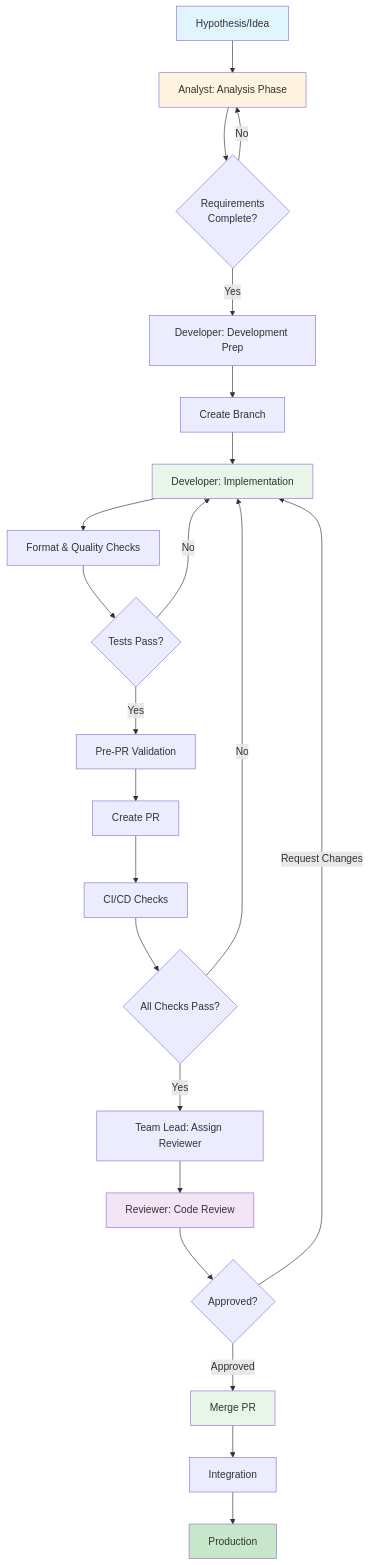
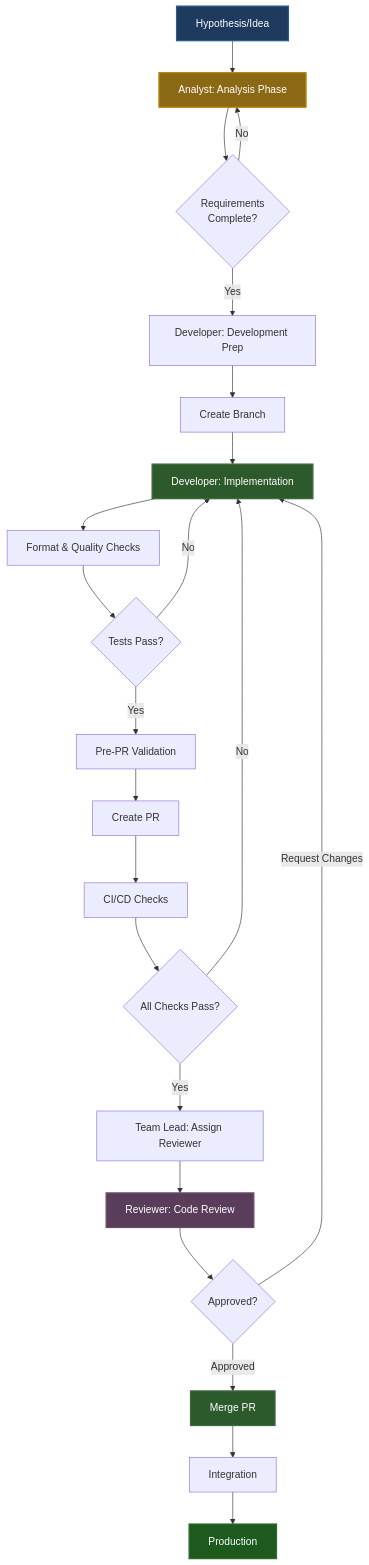
Before and after one commit to sovavibe/start: the first of 10 diagrams in docs/development/SDLC.md, drawn with Mermaid. The commit also changed other lines of this file and 37 other files, not shown here.

````diff
--- a/docs/development/SDLC.md
+++ b/docs/development/SDLC.md
@@ -255,31 +255,31 @@
 ```mermaid
 graph TD
     A[Hypothesis/Idea] --> B[Analyst: Analysis Phase]
     B --> C{Requirements<br/>Complete?}
     C -->|No| B
     C -->|Yes| D[Developer: Development Prep]
     D --> E[Create Branch]
     E --> F[Developer: Implementation]
     F --> G[Format & Quality Checks]
     G --> H{Tests Pass?}
     H -->|No| F
     H -->|Yes| I[Pre-PR Validation]
     I --> J[Create PR]
     J --> K[CI/CD Checks]
     K --> L{All Checks Pass?}
     L -->|No| F
     L -->|Yes| M[Team Lead: Assign Reviewer]
     M --> N[Reviewer: Code Review]
     N --> O{Approved?}
     O -->|Request Changes| F
     O -->|Approved| P[Merge PR]
     P --> Q[Integration]
     Q --> R[Production]
     
-    style A fill:#e1f5ff
-    style B fill:#fff4e1
-    style F fill:#e8f5e9
-    style N fill:#f3e5f5
-    style P fill:#e8f5e9
-    style R fill:#c8e6c9
+    style A fill:#1e3a5f,stroke:#2c5a8a,stroke-width:2px,color:#fff
+    style B fill:#8b6914,stroke:#b8860b,stroke-width:2px,color:#fff
+    style F fill:#2d5a2d,stroke:#3d6b3d,stroke-width:2px,color:#fff
+    style N fill:#5a3d5a,stroke:#6b4d6b,stroke-width:2px,color:#fff
+    style P fill:#2d5a2d,stroke:#3d6b3d,stroke-width:2px,color:#fff
+    style R fill:#1e5a1e,stroke:#2d6b2d,stroke-width:2px,color:#fff
 ```
````
